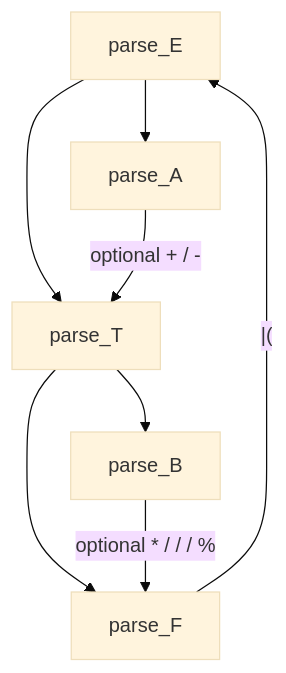
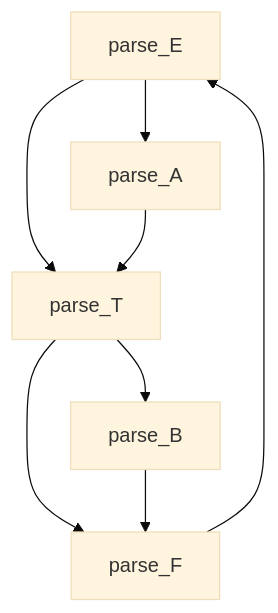
Before and after one commit to Alexandrdot/Editor-Analyzer: the second of 2 diagrams in docs/en/lab6.md, drawn with Mermaid (base theme). The commit also changed other lines of this file, not shown here.

````diff
--- a/docs/en/lab6.md
+++ b/docs/en/lab6.md
@@ -101,15 +103,15 @@
 ```mermaid
 flowchart TB
   E[parse_E]
   T[parse_T]
   A[parse_A]
   F[parse_F]
   B[parse_B]
   E --> T
   T --> F
   T --> B
-  F -->|"|("| E
+  F --> E
   E --> A
-  A -->|optional + / -| T
-  B -->|optional * / / / %| F
+  A --> T
+  B --> F
 ```
````
